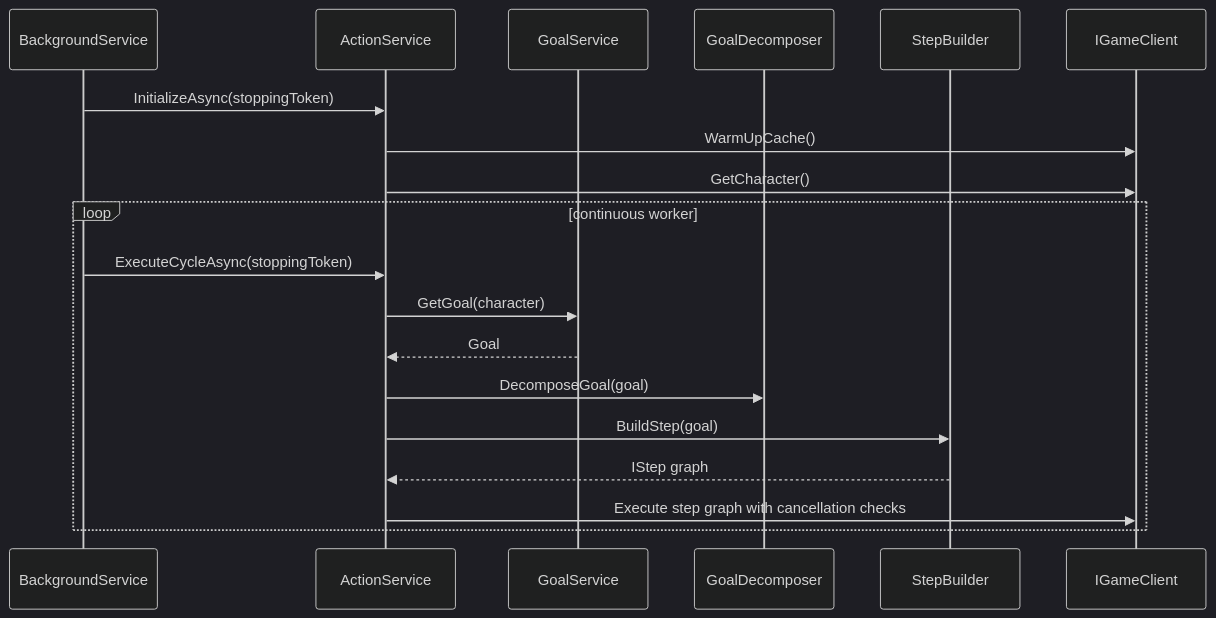
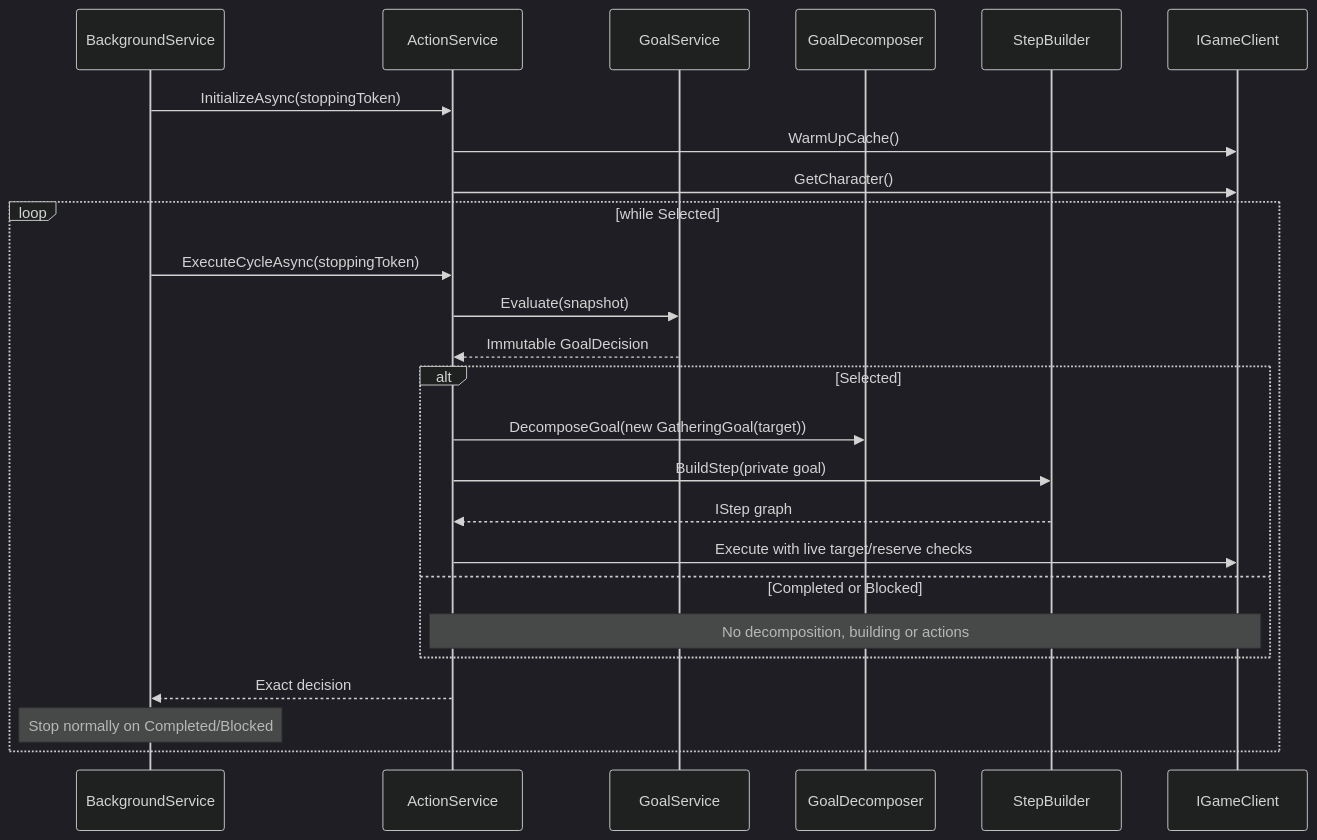
One commit to Gl-lab/Artiact changed the second of 2 diagrams in docs/architecture.md. Above: the diagram before and after it, drawn with Mermaid (dark theme). The commit also changed other lines of this file and 36 other files, not shown here.

````diff
--- a/docs/architecture.md
+++ b/docs/architecture.md
@@ -64,22 +64,28 @@
 ```mermaid
 sequenceDiagram
     participant B as BackgroundService
     participant A as ActionService
     participant G as GoalService
     participant D as GoalDecomposer
     participant S as StepBuilder
     participant C as IGameClient
 
     B->>A: InitializeAsync(stoppingToken)
     A->>C: WarmUpCache()
     A->>C: GetCharacter()
-    loop continuous worker
+    loop while Selected
         B->>A: ExecuteCycleAsync(stoppingToken)
-        A->>G: GetGoal(character)
-        G-->>A: Goal
-        A->>D: DecomposeGoal(goal)
-        A->>S: BuildStep(goal)
-        S-->>A: IStep graph
-        A->>C: Execute step graph with cancellation checks
+        A->>G: Evaluate(snapshot)
+        G-->>A: Immutable GoalDecision
+        alt Selected
+            A->>D: DecomposeGoal(new GatheringGoal(target))
+            A->>S: BuildStep(private goal)
+            S-->>A: IStep graph
+            A->>C: Execute with live target/reserve checks
+        else Completed or Blocked
+            Note over A,C: No decomposition, building or actions
+        end
+        A-->>B: Exact decision
+        Note over B: Stop normally on Completed/Blocked
     end
 ```
````
